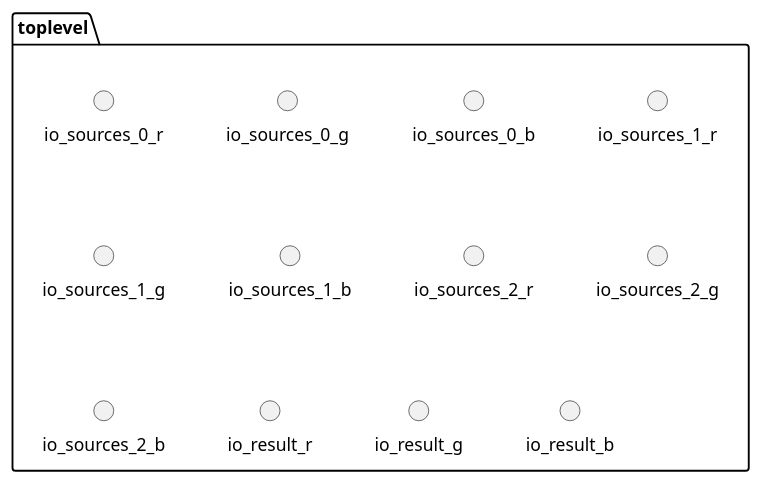
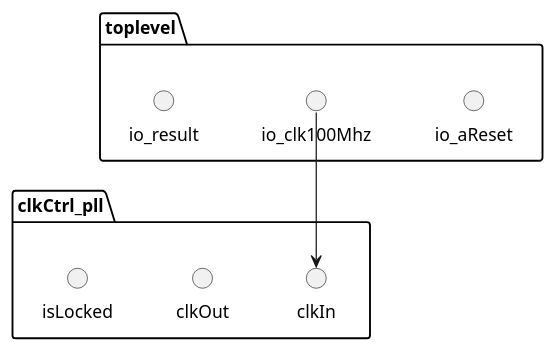
One commit to ZhaokunHu/Plot_HDElk changed the diagram in lao_banfa/mygraph.puml. Above: the diagram before and after it, drawn with PlantUML. The commit also changed 72 other files, not shown here.

```diff
--- a/lao_banfa/mygraph.puml
+++ b/lao_banfa/mygraph.puml
@@ -1,16 +1,13 @@
 @startuml
 package toplevel{
-()io_sources_0_r
-()io_sources_0_g
-()io_sources_0_b
-()io_sources_1_r
-()io_sources_1_g
-()io_sources_1_b
-()io_sources_2_r
-()io_sources_2_g
-()io_sources_2_b
-()io_result_r
-()io_result_g
-()io_result_b
+()io_aReset
+()io_clk100Mhz
+()io_result
 }
+package clkCtrl_pll{
+()clkIn
+()clkOut
+()isLocked
+}
+io_clk100Mhz-->clkIn
 @enduml
```
